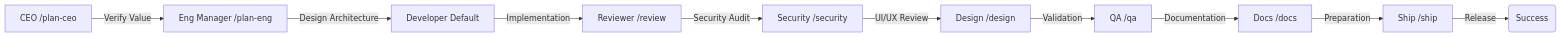
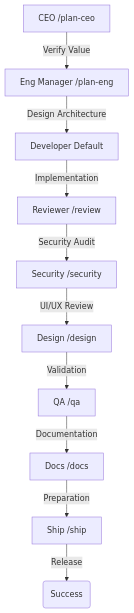
One commit to yandong2023/gstack-opencode changed the diagram in README.md. Above: the diagram before and after it, drawn with Mermaid. The commit also changed other lines of this file, not shown here.

````diff
--- a/README.md
+++ b/README.md
@@ -29,12 +30,12 @@
 ```mermaid
-graph LR
+graph TD
     A[CEO /plan-ceo] -->|Verify Value| B[Eng Manager /plan-eng]
     B -->|Design Architecture| C[Developer Default]
     C -->|Implementation| D[Reviewer /review]
     D -->|Security Audit| E[Security /security]
     E -->|UI/UX Review| F[Design /design]
     F -->|Validation| G[QA /qa]
     G -->|Documentation| H[Docs /docs]
     H -->|Preparation| I[Ship /ship]
     I -->|Release| J(Success)
 ```
````
